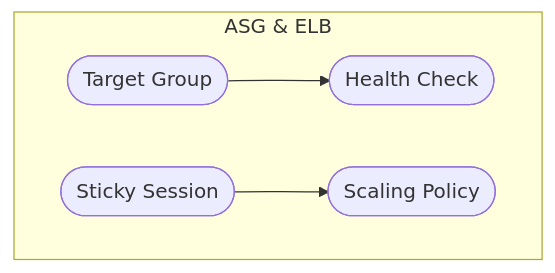
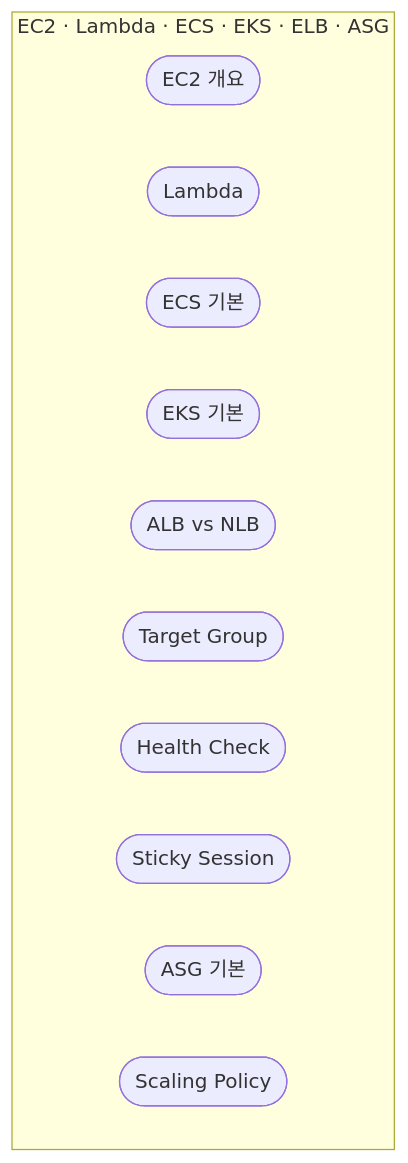
The fourth of 5 diagrams in public/handbook/aws-common/overview.md (gwonmin/QuizNox_front), drawn with Mermaid before and after one commit. The commit also changed other lines of this file and 125 other files, not shown here.

````diff
--- a/public/handbook/aws-common/overview.md
+++ b/public/handbook/aws-common/overview.md
@@ -61,11 +57,15 @@
 ```mermaid
 flowchart TB
-  subgraph asg [ASG & ELB]
+  subgraph comp [EC2 · Lambda · ECS · EKS · ELB · ASG]
+    EC2([EC2 개요])
+    LB([Lambda])
+    ECS([ECS 기본])
+    EKS([EKS 기본])
+    ELB([ALB vs NLB])
     TG([Target Group])
     HC([Health Check])
     ST([Sticky Session])
+    ASG([ASG 기본])
     SC([Scaling Policy])
   end
-  TG --> HC
-  ST --> SC
 ```
````
